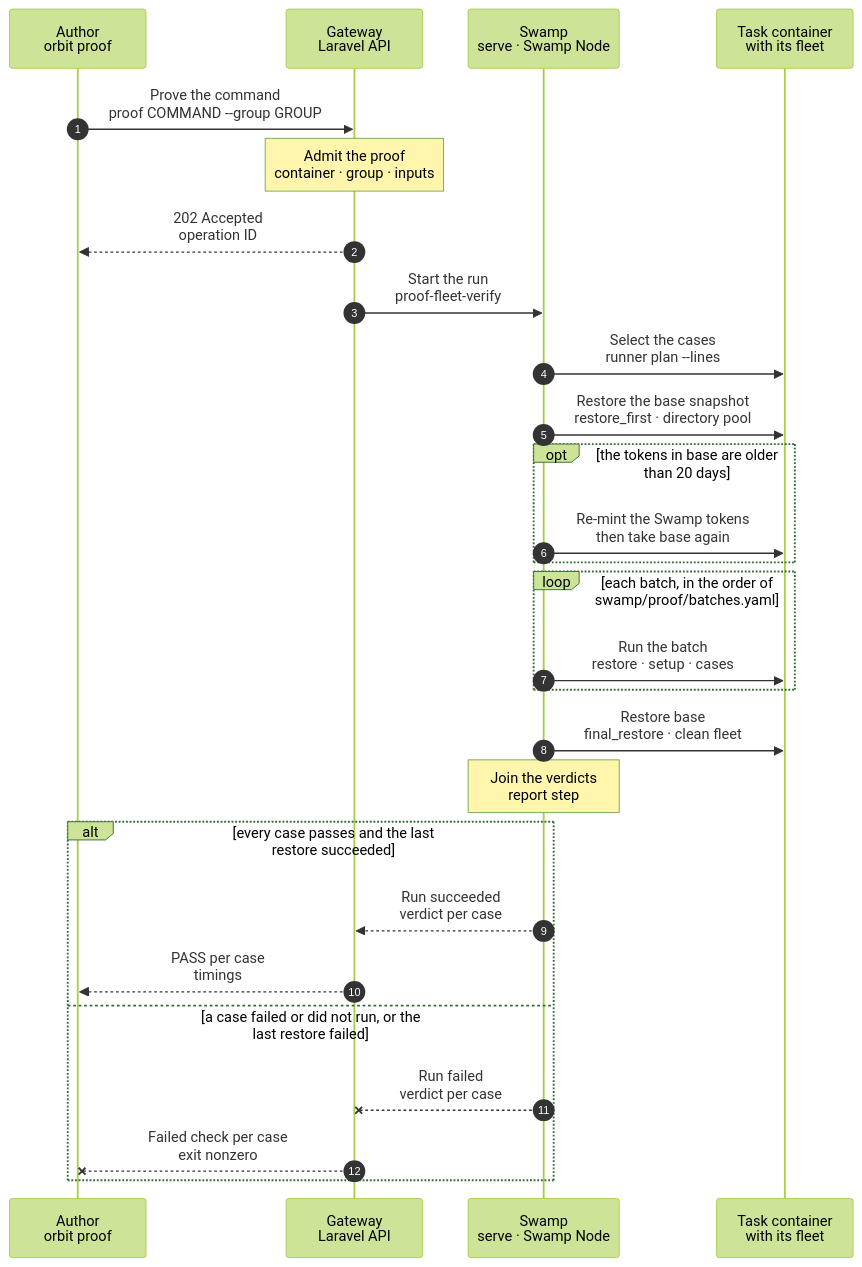
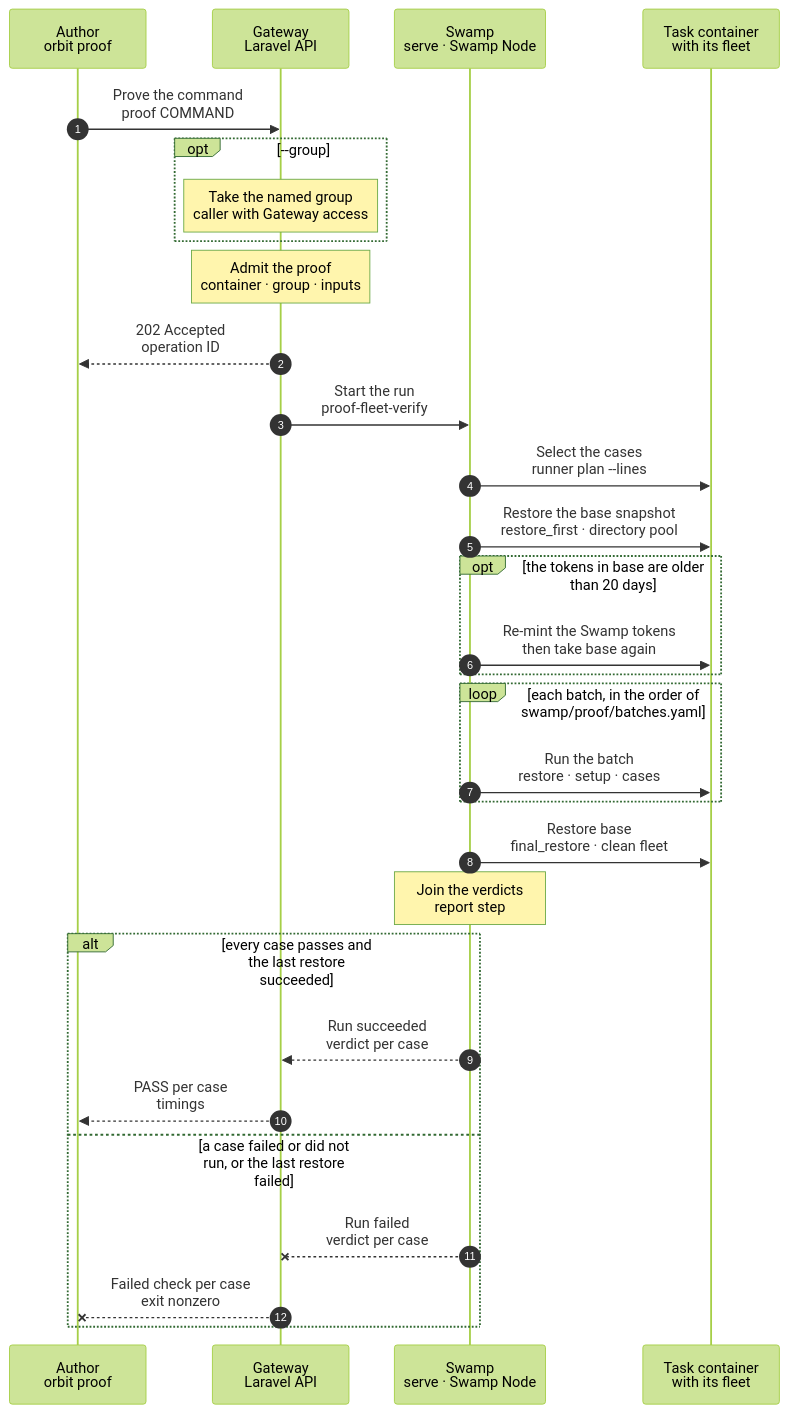
Before and after one commit to hardimpactdev/orbit: the diagram in docs/cli/task/container/proof.mmd, drawn with Mermaid (forest theme). The commit also changed 7 other files, not shown here.

First line of the commit message:
docs: fix the task container spec after its independent review

```diff
--- a/docs/cli/task/container/proof.mmd
+++ b/docs/cli/task/container/proof.mmd
@@ -1,49 +1,54 @@
 sequenceDiagram
   %% Target design, container runtime (ADR 0250 step 3, docs/reference/task-containers.md): `orbit proof COMMAND --group GROUP` on a group that runs in a task container. The flow and step names are those of docs/cli/proof/proof.mmd. Two things differ: the inner pool is a directory pool, so a restore copies the changed files, and `base` is taken with the nested containers stopped.
   %% status: draft
   %% command: proof
   %% kind: proof.verify
   autonumber
   %% lane CLI icon=terminal pill=caller tone=gray
   %% lane GW icon=gateway pill=intent tone=blue
   %% lane SW icon=workflow pill=executes tone=green
   %% lane TC icon=server pill=target tone=purple
   participant CLI as Author<br/>orbit proof
   participant GW as Gateway<br/>Laravel API
   participant SW as Swamp<br/>serve · Swamp Node
   participant TC as Task container<br/>with its fleet
-  CLI->>GW: Prove the command<br/>proof COMMAND --group GROUP
+  CLI->>GW: Prove the command<br/>proof COMMAND
   %%> Command:
-  %%> - `orbit proof COMMAND --group GROUP`
+  %%> - `orbit proof COMMAND`
   %%> - syntax: `orbit proof <command> [--group=<group>]`
   %%> Requirements:
-  %%> - as for a task VM: a Node with Gateway access names the group; the group has its workspace and no other operation running
+  %%> - as for a task VM: the group has its workspace and no other operation running
+  opt --group
+    Note over GW: Take the named group<br/>caller with Gateway access
+    %%> Why:
+    %%> - a task container holds no Gateway access, as a task VM holds none, so a Node with Gateway access names the group
+  end
   Note over GW: Admit the proof<br/>container · group · inputs
   %%> What it records:
   %%> - the pinned SSH target of the container, the cases file, and the flags `restore_first` and `final_restore`
   GW-->>CLI: 202 Accepted<br/>operation ID
   GW->>SW: Start the run<br/>proof-fleet-verify
   SW->>TC: Select the cases<br/>runner plan --lines
   SW->>TC: Restore the base snapshot<br/>restore_first · directory pool
   %%> What it does:
   %%> - `incus snapshot restore` of each nested container inside the task container, then a start, the readiness check and the apply step, as on a VM
   %%> - on a directory pool a restore copies back the files that changed since `base`; the 45 s limit stays, and the build PR measures it
   opt the tokens in base are older than 20 days
     SW->>TC: Re-mint the Swamp tokens<br/>then take base again
     %%> What it does, for a container:
-    %%> - takes `base` with the nested containers stopped: stop, snapshot, start, then the readiness check; a copy of a running container on a directory pool is not consistent
+    %%> - the step "Take base again" stops the nested containers, snapshots them and starts them, then the readiness check runs; a snapshot of a running container on a directory pool is not consistent
   end
   loop each batch, in the order of swamp/proof/batches.yaml
     SW->>TC: Run the batch<br/>restore · setup · cases
   end
   SW->>TC: Restore base<br/>final_restore · clean fleet
   Note over SW: Join the verdicts<br/>report step
   alt every case passes and the last restore succeeded
     SW-->>GW: Run succeeded<br/>verdict per case
     GW-->>CLI: PASS per case<br/>timings
   else a case failed or did not run, or the last restore failed
     SW--xGW: Run failed<br/>verdict per case
     GW--xCLI: Failed check per case<br/>exit nonzero
     %%> Result:
     %%> - the same codes as on a VM: `proof.cases_failed`, `proof.run_failed`, `proof.restore_failed`
   end
```
